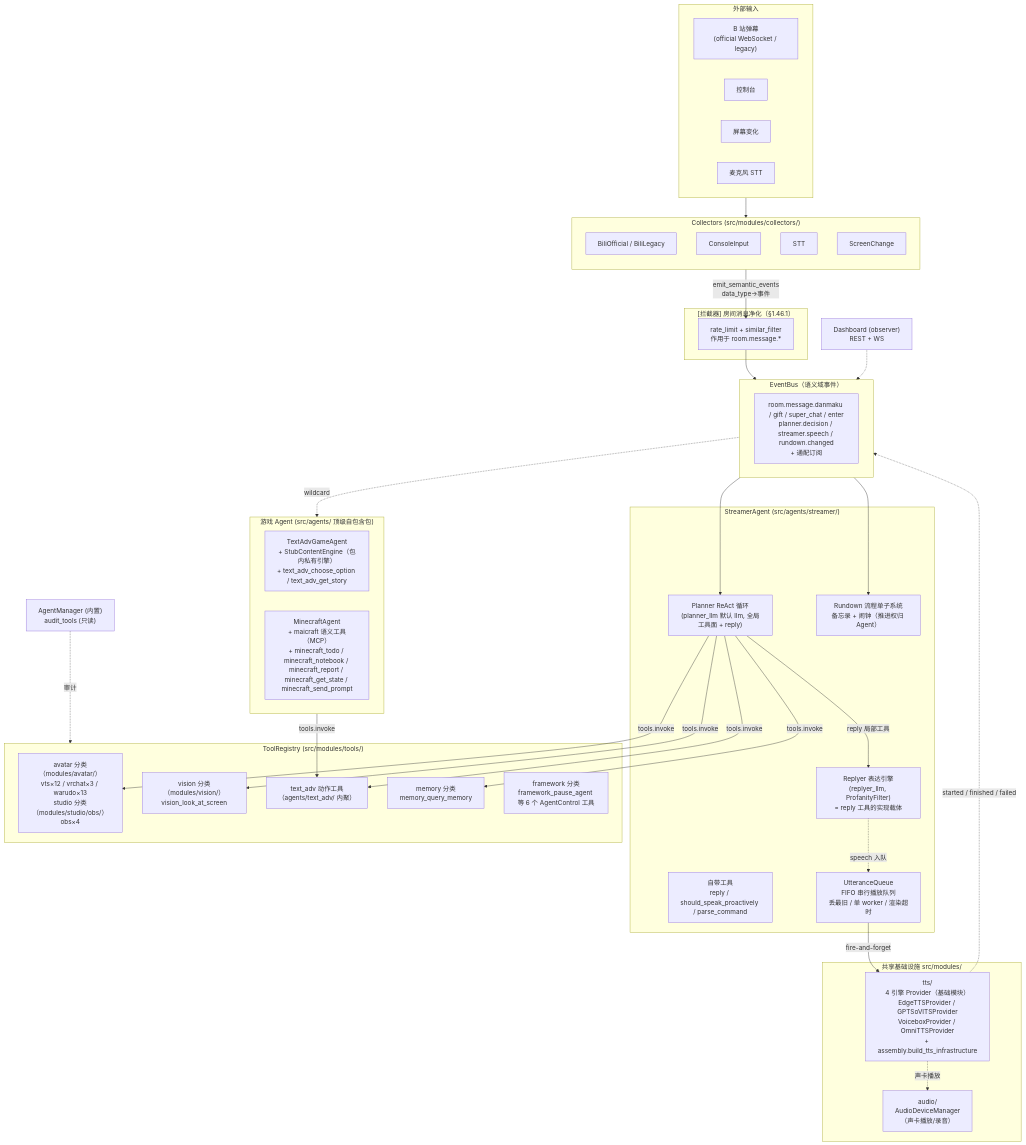
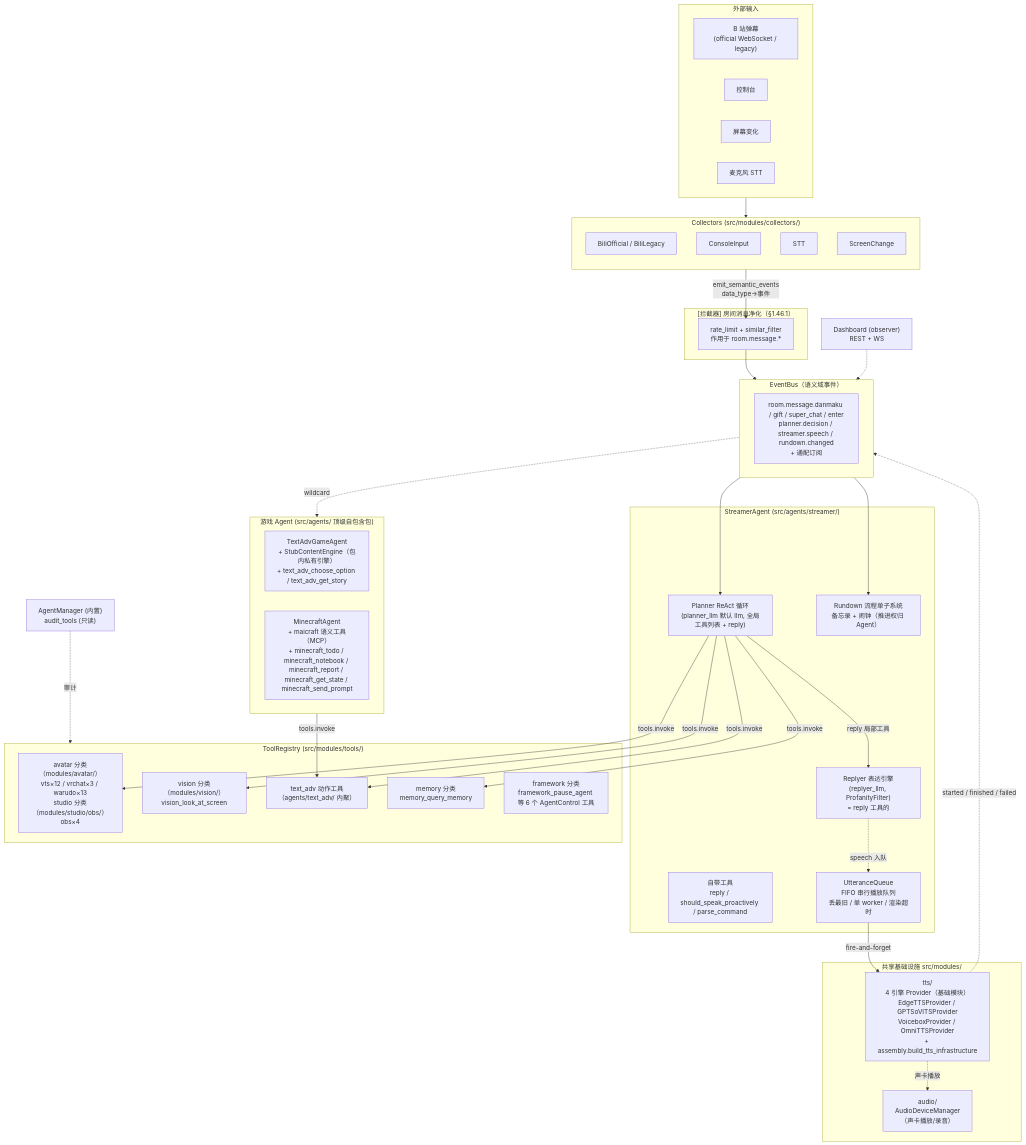
One commit to Mai-with-u/Amaidesu changed the first of 3 diagrams in docs/architecture/overview.md. Above: the diagram before and after it, drawn with Mermaid. The commit also changed other lines of this file and 34 other files, not shown here.

````diff
--- a/docs/architecture/overview.md
+++ b/docs/architecture/overview.md
@@ -10,70 +10,70 @@
 ```mermaid
 flowchart TB
     subgraph Ext["外部输入"]
         Bili["B 站弹幕<br/>(official WebSocket / legacy)"]
         Cons["控制台"]
         Screen["屏幕变化"]
         Mic["麦克风 STT"]
     end
 
     subgraph Collectors["Collectors (src/modules/collectors/)"]
         direction TB
         CBili["BiliOfficial / BiliLegacy"]
         CCons["ConsoleInput"]
         CMic["STT"]
         CScreen["ScreenChange"]
     end
 
     subgraph Interceptors["[拦截器] 房间消息净化（§1.46.1）"]
         INT["rate_limit + similar_filter<br/>作用于 room.message.*"]
     end
 
     subgraph Bus["EventBus（语义域事件）"]
         EB["room.message.danmaku / gift / super_chat / enter<br/>planner.decision / streamer.speech / rundown.changed<br/>+ 通配订阅"]
     end
 
     subgraph Streamer["StreamerAgent (src/agents/streamer/)"]
-        Planner["Planner ReAct 循环<br/>(planner_llm 默认 llm, 全局工具面 + reply)"]
-        Reply["Replyer 表达引擎<br/>(replyer_llm, ProfanityFilter)<br/>= reply 工具的实现载体"]
+        Planner["Planner ReAct 循环<br/>(planner_llm 默认 llm, 全局工具列表 + reply)"]
+        Reply["Replyer 表达引擎<br/>(replyer_llm, ProfanityFilter)<br/>= reply 工具的"]
         Rundown["Rundown 流程单子系统<br/>备忘录 + 闹钟（推进权归 Agent）"]
         Tools["自带工具<br/>reply / should_speak_proactively / parse_command"]
         UQ["UtteranceQueue<br/>FIFO 串行播放队列<br/>丢最旧 / 单 worker / 渲染超时"]
     end
 
     subgraph Game["游戏 Agent (src/agents/ 顶级自包含包)"]
         TextAdv["TextAdvGameAgent<br/>+ StubContentEngine（包内私有引擎）<br/>+ text_adv_choose_option / text_adv_get_story"]
         MC["MinecraftAgent<br/>+ maicraft 语义工具（MCP）<br/>+ minecraft_todo / minecraft_notebook / minecraft_report / minecraft_get_state / minecraft_send_prompt"]
     end
 
     subgraph Registry["ToolRegistry (src/modules/tools/)"]
         Out["avatar 分类（modules/avatar/）<br/>vts×12 / vrchat×3 / warudo×13<br/>studio 分类（modules/studio/obs/）obs×4"]
         Per["vision 分类（modules/vision/）<br/>vision_look_at_screen"]
         CE["text_adv 动作工具<br/>（agents/text_adv/ 内聚）"]
         Mem["memory 分类<br/>memory_query_memory"]
         Ctrl["framework 分类<br/>framework_pause_agent 等 6 个 AgentControl 工具"]
     end
 
     subgraph InFra["共享基础设施 src/modules/"]
         TTS["tts/<br/>4 引擎 Provider（基础模块）<br/>EdgeTTSProvider / GPTSoVITSProvider<br/>VoiceboxProvider / OmniTTSProvider<br/>+ assembly.build_tts_infrastructure"]
         Audio["audio/<br/>AudioDeviceManager<br/>（声卡播放/录音）"]
     end
 
     Ext --> Collectors
     Collectors -->|"emit_semantic_events<br/>data_type→事件"| INT
     INT --> Bus
     Bus --> Planner
     Bus --> Rundown
     Planner -->|reply 局部工具| Reply
     Planner -->|tools.invoke| Out
     Planner -->|tools.invoke| CE
     Planner -->|tools.invoke| Per
     Planner -->|tools.invoke| Mem
     Bus -.->|wildcard| Game
     Game -->|tools.invoke| CE
     Reply -.->|speech 入队| UQ
     UQ -->|fire-and-forget| TTS
     TTS -.->|started / finished / failed| Bus
     TTS -.->|声卡播放| Audio
     Manager["AgentManager (内置)<br/>audit_tools (只读)"] -.->|审计| Registry
     Dashboard["Dashboard (observer)<br/>REST + WS"] -.-> Bus
 ```
````
